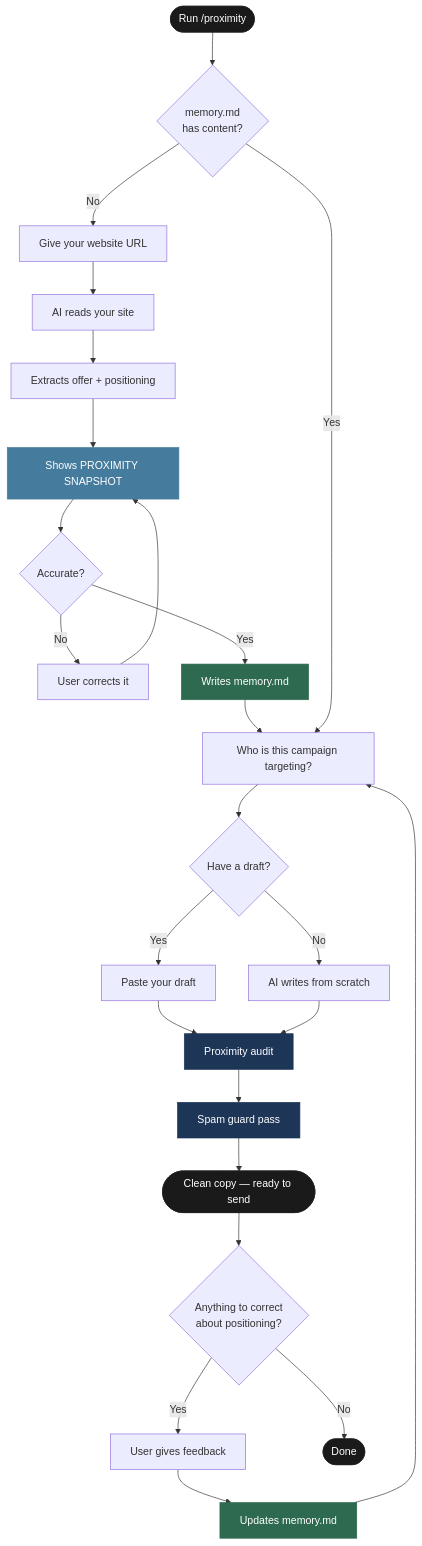
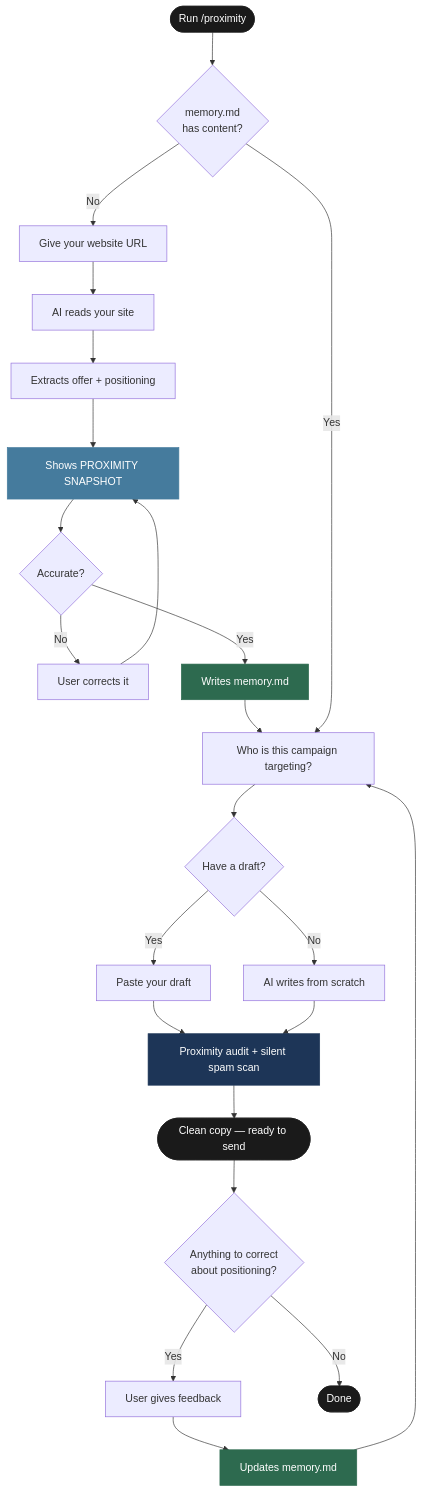
The diagram in README.md (termsheetinator/proximity-cold-email), drawn with Mermaid before and after one commit. The commit also changed other lines of this file, not shown here.

First line of the commit message:
v2.0.0 — update README to reflect single-skill architecture

````diff
--- a/README.md
+++ b/README.md
@@ -62,39 +62,37 @@
 ```mermaid
 flowchart TD
     A([Run /proximity]) --> B{memory.md\nhas content?}
 
     B -- No --> C[Give your website URL]
     C --> D[AI reads your site]
     D --> E[Extracts offer + positioning]
     E --> F[Shows PROXIMITY SNAPSHOT]
     F --> G{Accurate?}
     G -- No --> H[User corrects it]
     H --> F
     G -- Yes --> I[Writes memory.md]
     I --> J
 
     B -- Yes --> J[Who is this campaign targeting?]
     J --> K{Have a draft?}
 
     K -- Yes --> L[Paste your draft]
     K -- No --> N[AI writes from scratch]
 
-    L --> O[Proximity audit]
+    L --> O[Proximity audit + silent spam scan]
     N --> O
-    O --> P[Spam guard pass]
-    P --> Q([Clean copy — ready to send])
+    O --> Q([Clean copy — ready to send])
     Q --> R{Anything to correct\nabout positioning?}
     R -- Yes --> S[User gives feedback]
     S --> T[Updates memory.md]
     T --> J
     R -- No --> U([Done])
 
     style A fill:#1a1a1a,color:#fff,stroke:#1a1a1a
     style Q fill:#1a1a1a,color:#fff,stroke:#1a1a1a
     style U fill:#1a1a1a,color:#fff,stroke:#1a1a1a
     style I fill:#2d6a4f,color:#fff,stroke:#2d6a4f
     style T fill:#2d6a4f,color:#fff,stroke:#2d6a4f
     style O fill:#1d3557,color:#fff,stroke:#1d3557
-    style P fill:#1d3557,color:#fff,stroke:#1d3557
     style F fill:#457b9d,color:#fff,stroke:#457b9d
 ```
````
